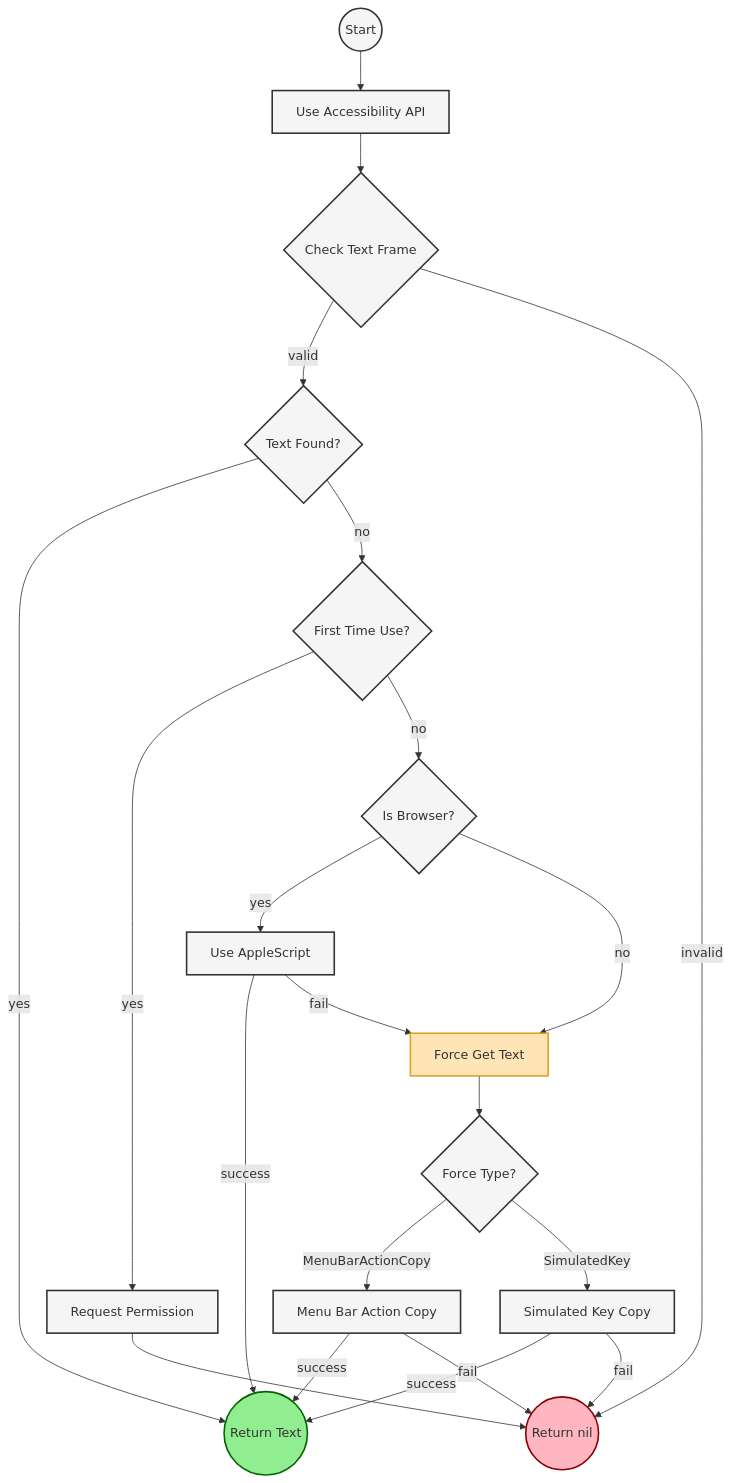
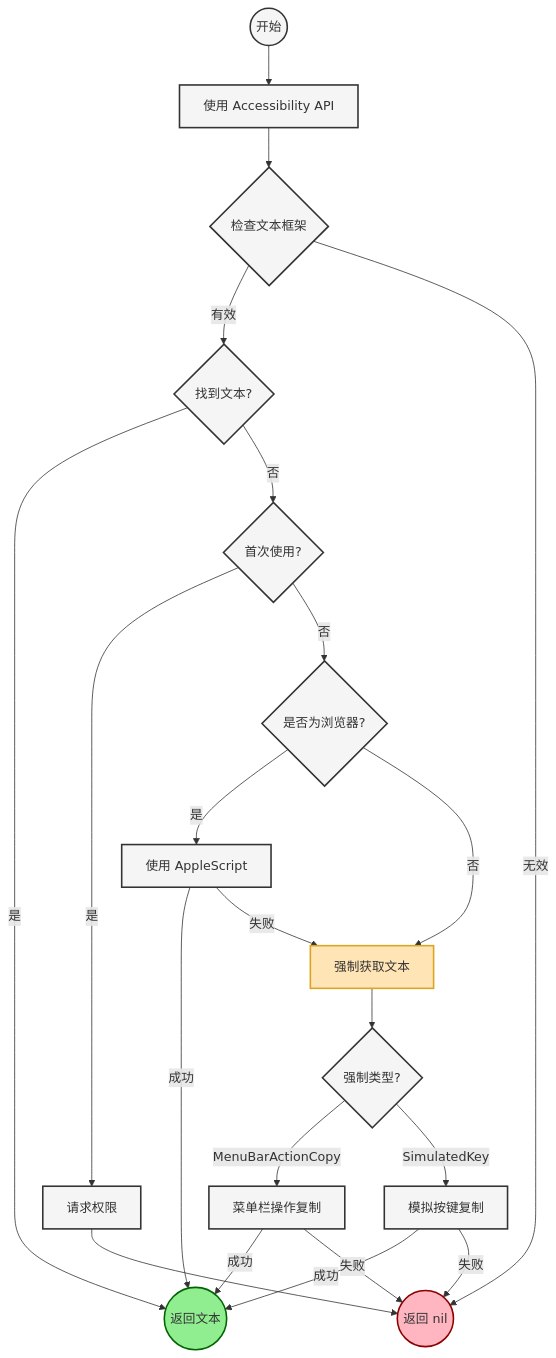
The diagram in docs/architecture/select-text-flow.md (tisfeng/Easydict), drawn with Mermaid before and after one commit. The commit also changed other lines of this file and 20 other files, not shown here.

````diff
--- a/docs/architecture/select-text-flow.md
+++ b/docs/architecture/select-text-flow.md
@@ -3,41 +3,41 @@
 ```mermaid
 flowchart TD
-    Start((Start)) --> CheckAX[Use Accessibility API]
+    Start((开始)) --> CheckAX[使用 Accessibility API]
     
-    CheckAX --> CheckFrame{Check Text Frame}
-    CheckFrame -- valid --> TextFound{Text Found?}
-    CheckFrame -- invalid --> EndFail((Return nil))
+    CheckAX --> CheckFrame{检查文本框架}
+    CheckFrame -- 有效 --> TextFound{找到文本?}
+    CheckFrame -- 无效 --> EndFail((返回 nil))
     
-    TextFound -- yes --> EndSuccess((Return Text))
-    TextFound -- no --> FirstTime{First Time Use?}
+    TextFound -- 是 --> EndSuccess((返回文本))
+    TextFound -- 否 --> FirstTime{首次使用?}
     
-    FirstTime -- yes --> RequestPerm[Request Permission]
-    FirstTime -- no --> CheckBrowser{Is Browser?}
+    FirstTime -- 是 --> RequestPerm[请求权限]
+    FirstTime -- 否 --> CheckBrowser{是否为浏览器?}
     
     RequestPerm --> EndFail
     
-    CheckBrowser -- yes --> UseAS[Use AppleScript]
-    CheckBrowser -- no --> ForceGet[Force Get Text]
+    CheckBrowser -- 是 --> UseAS[使用 AppleScript]
+    CheckBrowser -- 否 --> ForceGet[强制获取文本]
     
-    UseAS -- success --> EndSuccess
-    UseAS -- fail --> ForceGet
+    UseAS -- 成功 --> EndSuccess
+    UseAS -- 失败 --> ForceGet
     
-    ForceGet --> CheckForceType{Force Type?}
-    CheckForceType -- MenuBarActionCopy --> MenuCopy[Menu Bar Action Copy]
-    CheckForceType -- SimulatedKey --> SimKey[Simulated Key Copy]
+    ForceGet --> CheckForceType{强制类型?}
+    CheckForceType -- MenuBarActionCopy --> MenuCopy[菜单栏操作复制]
+    CheckForceType -- SimulatedKey --> SimKey[模拟按键复制]
     
-    MenuCopy -- success --> EndSuccess
-    MenuCopy -- fail --> EndFail
+    MenuCopy -- 成功 --> EndSuccess
+    MenuCopy -- 失败 --> EndFail
     
-    SimKey -- success --> EndSuccess
-    SimKey -- fail --> EndFail
+    SimKey -- 成功 --> EndSuccess
+    SimKey -- 失败 --> EndFail
 
     classDef default fill:#f5f5f5,stroke:#333,stroke-width:2;
     classDef success fill:#90EE90,stroke:#006400;
     classDef failure fill:#FFB6C1,stroke:#8B0000;
     classDef force fill:#FFE4B5,stroke:#DAA520;
     
     class EndSuccess success;
     class EndFail failure;
     class ForceGet force;
 ```
````
